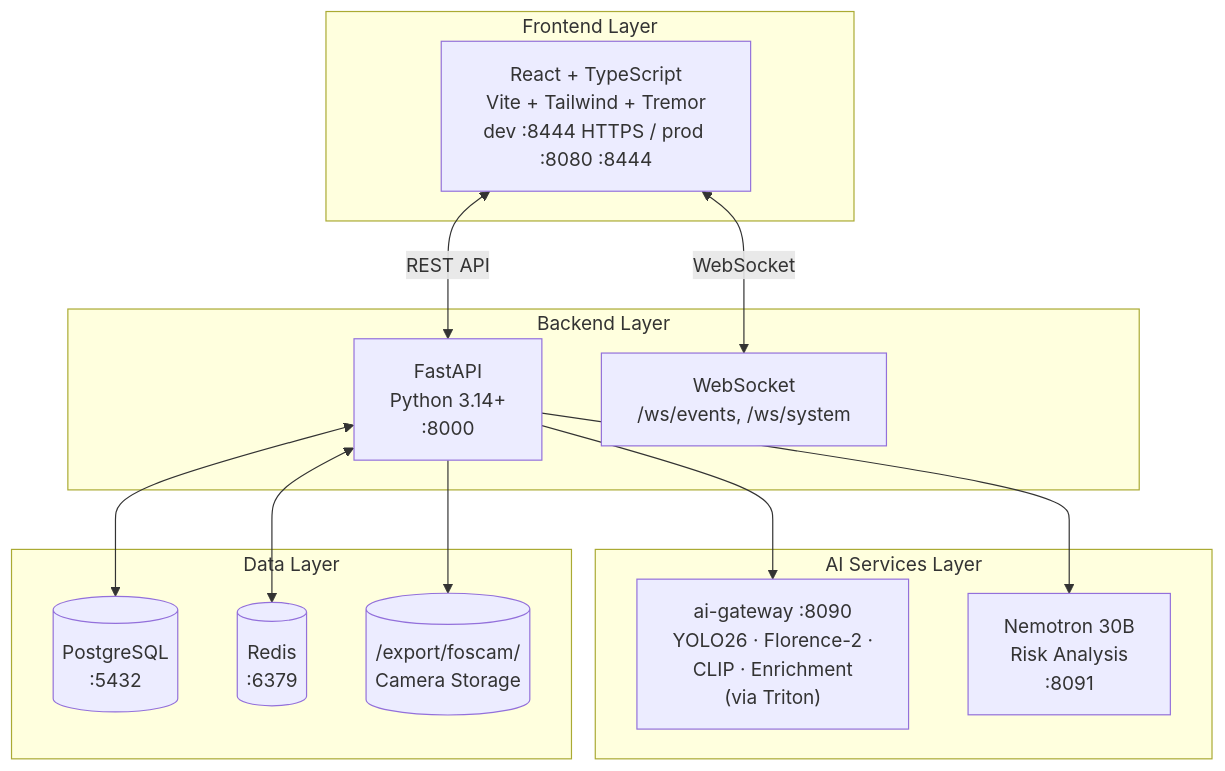
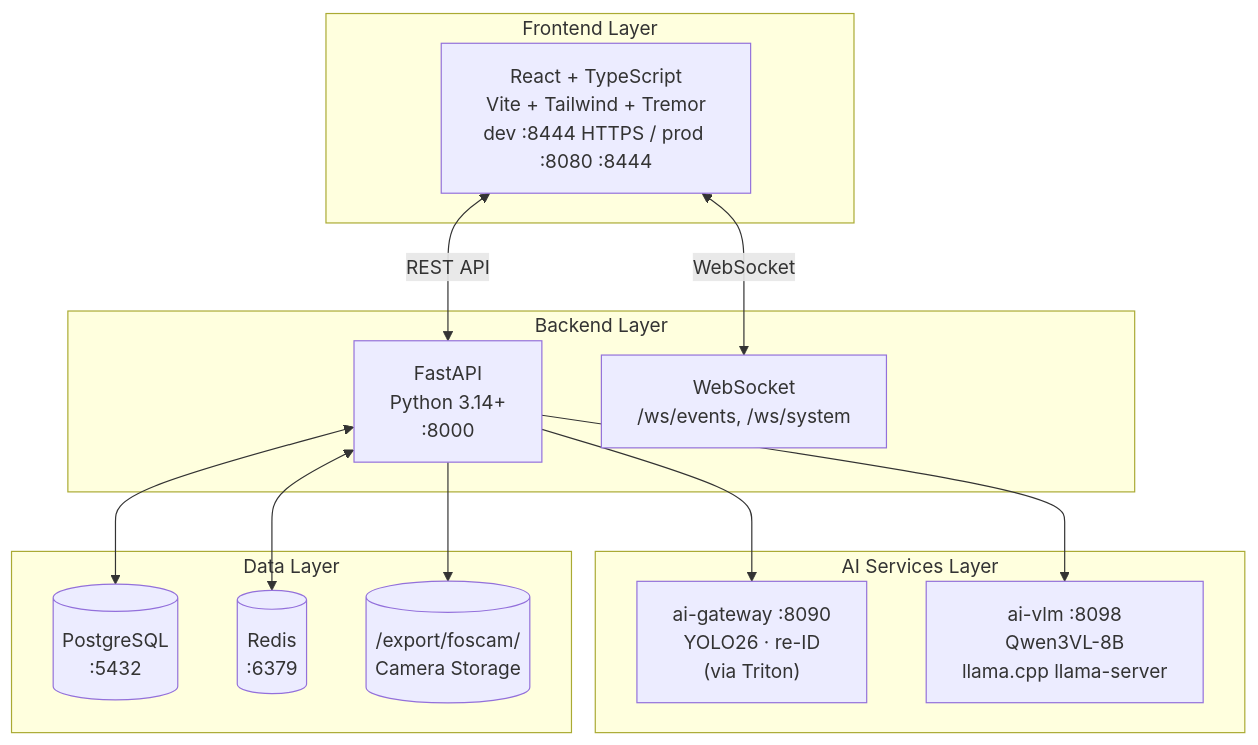
Before and after one commit to mikesvoboda/nemotron-v3-home-security-intelligence: the first of 2 diagrams in docs/architecture/system-overview/README.md, drawn with Mermaid. The commit also changed other lines of this file and 231 other files, not shown here.

````diff
--- a/docs/architecture/system-overview/README.md
+++ b/docs/architecture/system-overview/README.md
@@ -13,30 +13,30 @@
 ```mermaid
 flowchart TB
     subgraph Frontend["Frontend Layer"]
         FE["React + TypeScript<br/>Vite + Tailwind + Tremor<br/>dev :8444 HTTPS / prod :8080 :8444"]
     end
 
     subgraph Backend["Backend Layer"]
         BE["FastAPI<br/>Python 3.14+<br/>:8000"]
         WS["WebSocket<br/>/ws/events, /ws/system"]
     end
 
     subgraph AI["AI Services Layer"]
-        GW["ai-gateway :8090<br/>YOLO26 · Florence-2 ·<br/>CLIP · Enrichment<br/>(via Triton)"]
-        LLM["Nemotron 30B<br/>Risk Analysis<br/>:8091"]
+        GW["ai-gateway :8090<br/>YOLO26 · re-ID<br/>(via Triton)"]
+        VLM["ai-vlm :8098<br/>Qwen3VL-8B<br/>llama.cpp llama-server"]
     end
 
     subgraph Data["Data Layer"]
         PG[(PostgreSQL<br/>:5432)]
         RD[(Redis<br/>:6379)]
         FS[("/export/foscam/<br/>Camera Storage")]
     end
 
     FE <-->|REST API| BE
     FE <-->|WebSocket| WS
     BE --> GW
-    BE --> LLM
+    BE --> VLM
     BE <--> PG
     BE <--> RD
     BE --> FS
 ```
````
